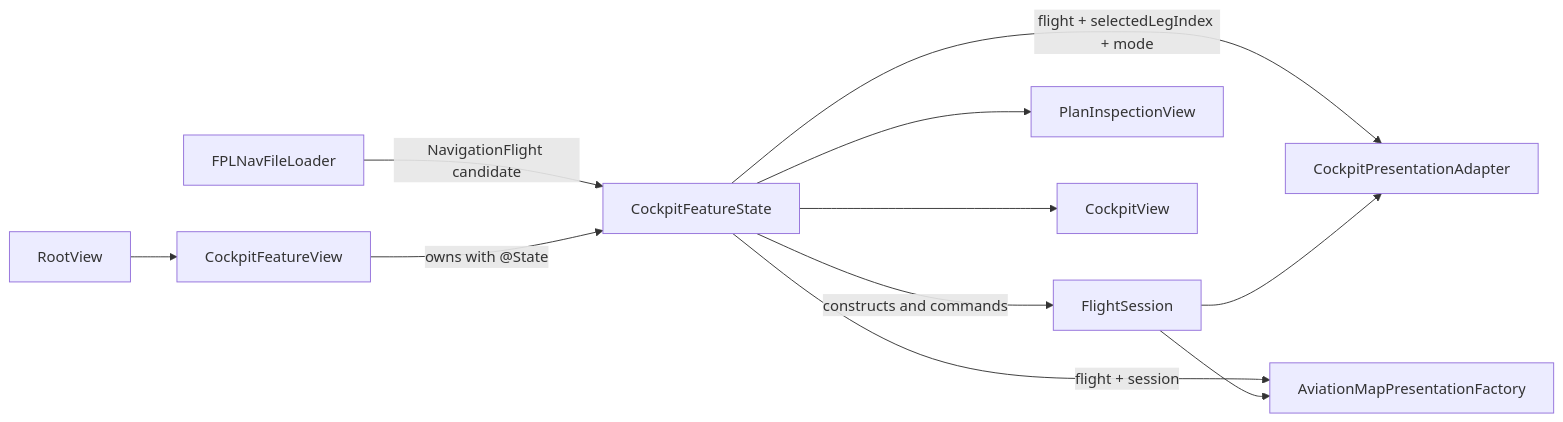
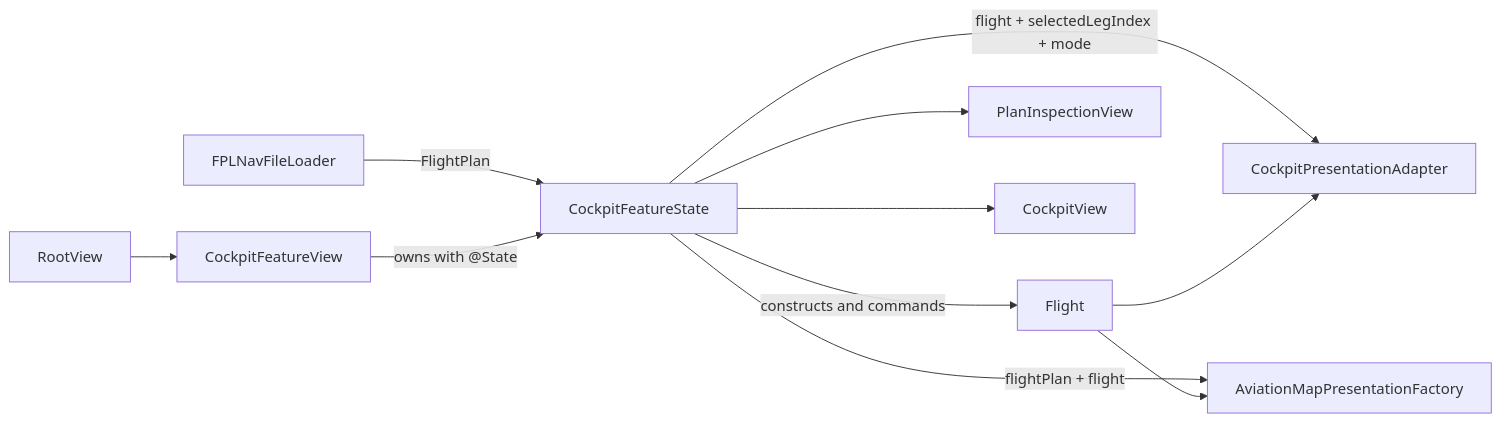
The first of 2 diagrams in docs/technical/COCKPIT-FEATURE-STATE.md (johnbenz13/NavigationFlight), drawn with Mermaid before and after one commit. The commit also changed other lines of this file and 20 other files, not shown here.

Commit message:
Migrate Flight Plan and Flight terminology

````diff
--- a/docs/technical/COCKPIT-FEATURE-STATE.md
+++ b/docs/technical/COCKPIT-FEATURE-STATE.md
@@ -32,13 +32,13 @@
 ```mermaid
 flowchart LR
     Root[RootView] --> FeatureView[CockpitFeatureView]
-    Loader[FPLNavFileLoader] -->|NavigationFlight candidate| Feature[CockpitFeatureState]
+    Loader[FPLNavFileLoader] -->|FlightPlan| Feature[CockpitFeatureState]
     FeatureView -->|owns with @State| Feature
-    Feature -->|constructs and commands| Session[FlightSession]
+    Feature -->|constructs and commands| Session[Flight]
     Feature -->|flight + selectedLegIndex + mode| Adapter[CockpitPresentationAdapter]
-    Feature -->|flight + session| Map[AviationMapPresentationFactory]
+    Feature -->|flightPlan + flight| Map[AviationMapPresentationFactory]
     Feature --> Inspection[PlanInspectionView]
     Feature --> Cockpit[CockpitView]
     Session --> Adapter
     Session --> Map
 ```
````
